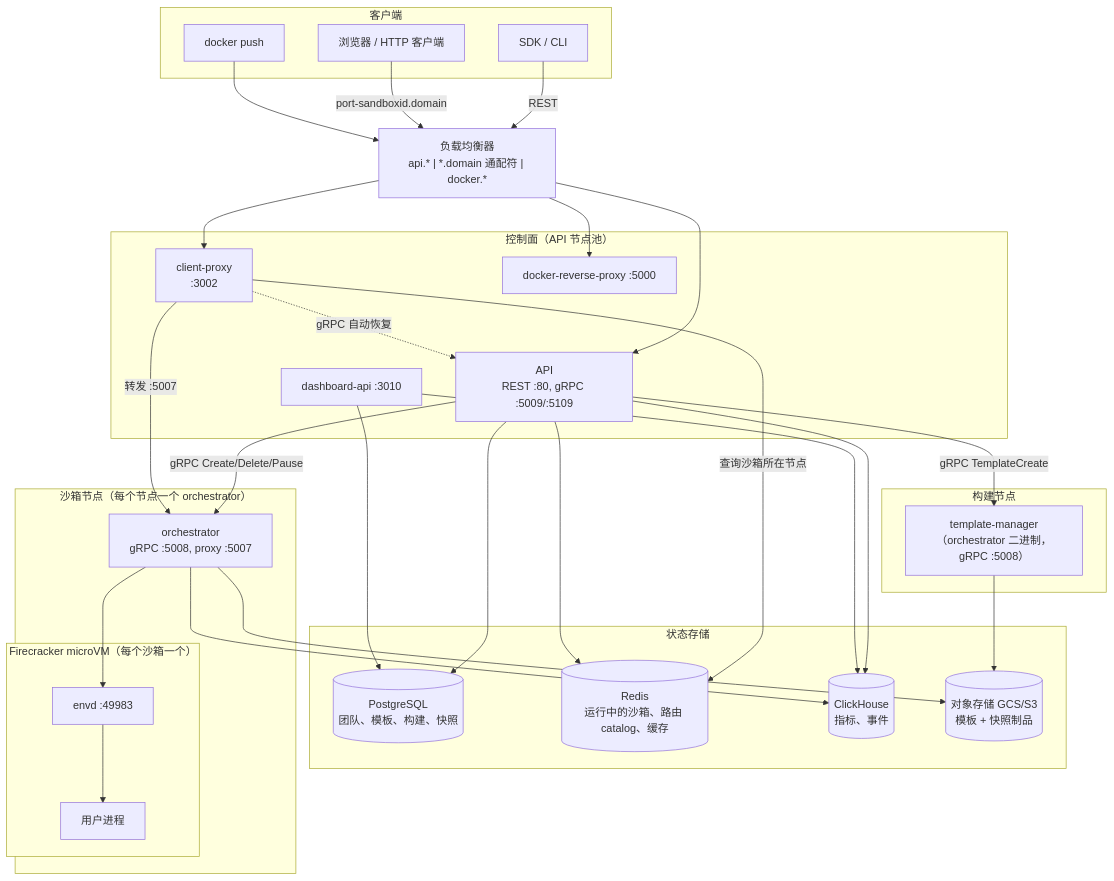
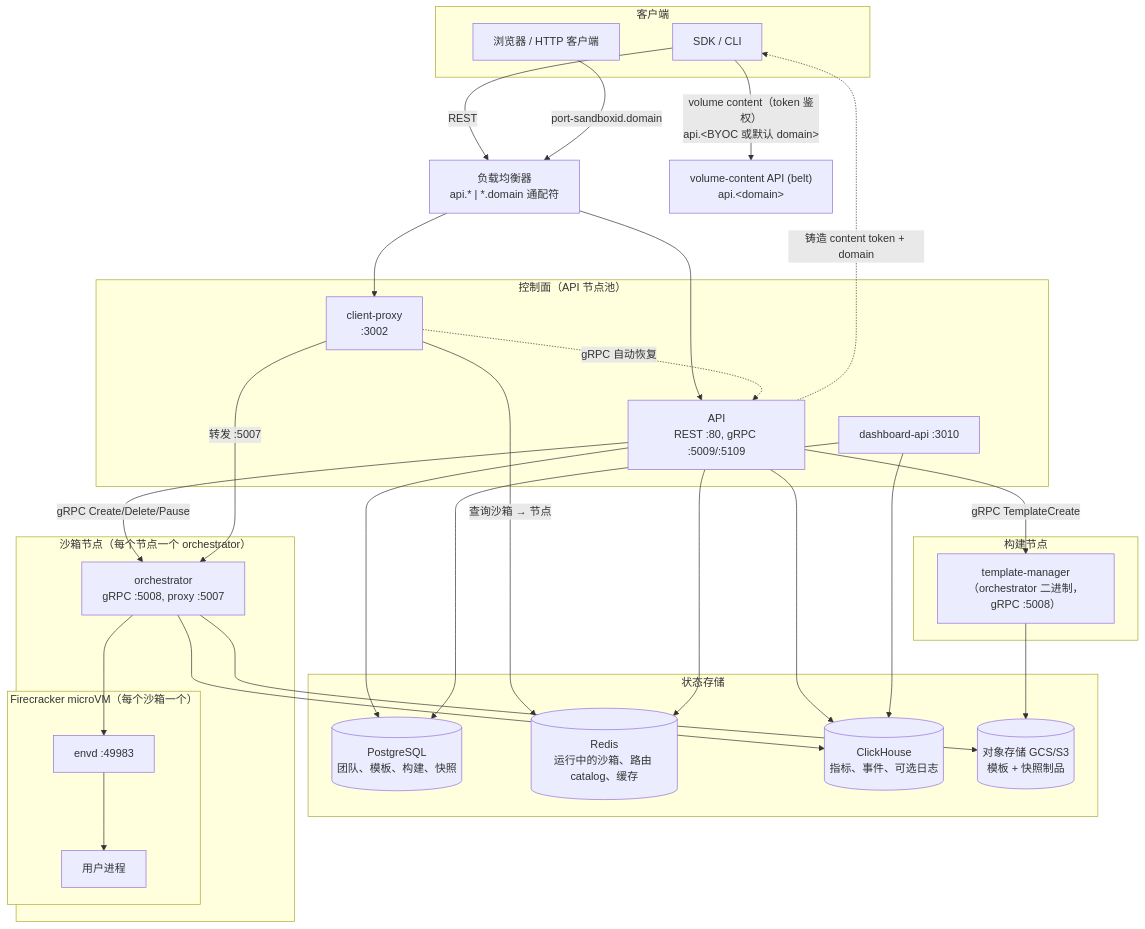
Before and after one commit to Piwriw/infra: the first of 6 diagrams in web-docs/architecture-overview.md, drawn with Mermaid. The commit also changed other lines of this file and 59 other files, not shown here.

````diff
--- a/web-docs/architecture-overview.md
+++ b/web-docs/architecture-overview.md
@@ -18,51 +22,52 @@
 ```mermaid
 flowchart TB
     subgraph clients["客户端"]
         SDK["SDK / CLI"]
         Browser["浏览器 / HTTP 客户端"]
-        Docker["docker push"]
     end
 
-    LB["负载均衡器<br/>api.* | *.domain 通配符 | docker.*"]
+    LB["负载均衡器<br/>api.* | *.domain 通配符"]
+
+    VC["volume-content API (belt)<br/>api.&lt;domain&gt;"]
 
     subgraph controlplane["控制面（API 节点池）"]
         API["API<br/>REST :80, gRPC :5009/:5109"]
         DashAPI["dashboard-api :3010"]
         CP["client-proxy<br/>:3002"]
-        DRP["docker-reverse-proxy :5000"]
     end
 
     subgraph datastores["状态存储"]
         PG[("PostgreSQL<br/>团队、模板、构建、快照")]
         RD[("Redis<br/>运行中的沙箱、路由 catalog、缓存")]
-        CH[("ClickHouse<br/>指标、事件")]
+        CH[("ClickHouse<br/>指标、事件、可选日志")]
         OS[("对象存储 GCS/S3<br/>模板 + 快照制品")]
     end
 
     subgraph clientnode["沙箱节点（每个节点一个 orchestrator）"]
         ORCH["orchestrator<br/>gRPC :5008, proxy :5007"]
         subgraph vm["Firecracker microVM（每个沙箱一个）"]
             ENVD["envd :49983"]
             USERPROC["用户进程"]
         end
     end
 
     subgraph buildnode["构建节点"]
         TM["template-manager<br/>（orchestrator 二进制，gRPC :5008）"]
     end
 
     SDK -->|REST| LB --> API
     Browser -->|"port-sandboxid.domain"| LB --> CP
-    Docker --> LB --> DRP
+    API -.->|"铸造 content token + domain"| SDK
+    SDK -->|"volume content（token 鉴权）<br/>api.&lt;BYOC 或默认 domain&gt;"| VC
     API -->|"gRPC Create/Delete/Pause"| ORCH
     API -->|"gRPC TemplateCreate"| TM
-    CP -->|"查询沙箱所在节点"| RD
+    CP -->|"查询沙箱 → 节点"| RD
     CP -->|"转发 :5007"| ORCH
     CP -.->|"gRPC 自动恢复"| API
     ORCH --> ENVD
     ENVD --> USERPROC
     API --> PG & RD & CH
     DashAPI --> PG & CH
     ORCH --> OS & CH
     TM --> OS
 ```
````
